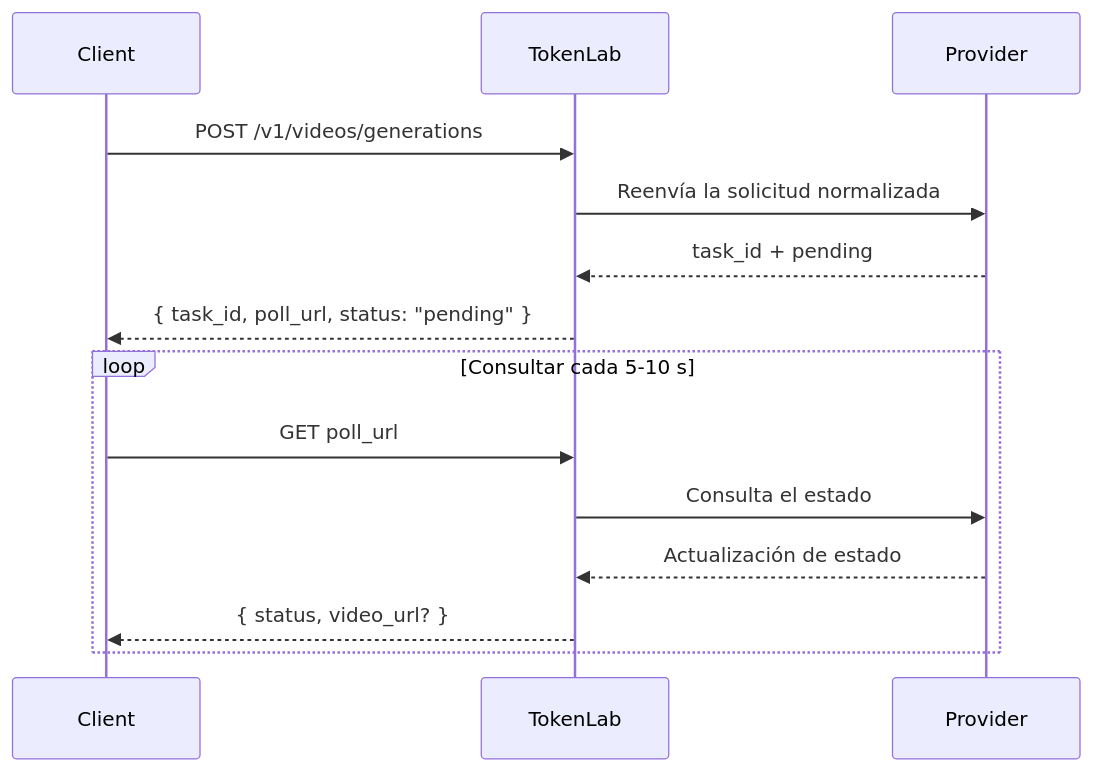
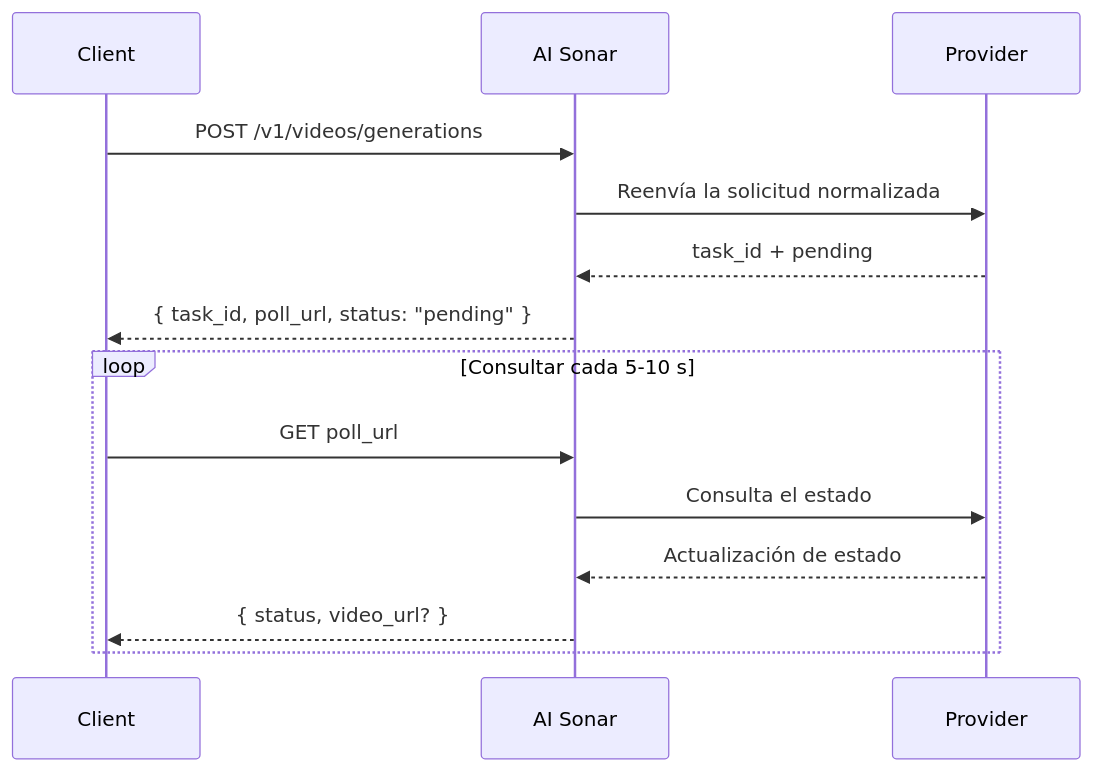
Before and after one commit to hedging8563/aisonar-docs: the diagram in es/guides/video-generation.mdx, drawn with Mermaid. The commit also changed other lines of this file and 1036 other files, not shown here.

````diff
--- a/es/guides/video-generation.mdx
+++ b/es/guides/video-generation.mdx
@@ -24,18 +24,18 @@
 ```mermaid
 sequenceDiagram
     participant Client
-    participant TokenLab
+    participant AI Sonar
     participant Provider
 
-    Client->>TokenLab: POST /v1/videos/generations
-    TokenLab->>Provider: Reenvía la solicitud normalizada
-    Provider-->>TokenLab: task_id + pending
-    TokenLab-->>Client: { task_id, poll_url, status: "pending" }
+    Client->>AI Sonar: POST /v1/videos/generations
+    AI Sonar->>Provider: Reenvía la solicitud normalizada
+    Provider-->>AI Sonar: task_id + pending
+    AI Sonar-->>Client: { task_id, poll_url, status: "pending" }
 
     loop Consultar cada 5-10 s
-        Client->>TokenLab: GET poll_url
-        TokenLab->>Provider: Consulta el estado
-        Provider-->>TokenLab: Actualización de estado
-        TokenLab-->>Client: { status, video_url? }
+        Client->>AI Sonar: GET poll_url
+        AI Sonar->>Provider: Consulta el estado
+        Provider-->>AI Sonar: Actualización de estado
+        AI Sonar-->>Client: { status, video_url? }
     end
 ```
````
